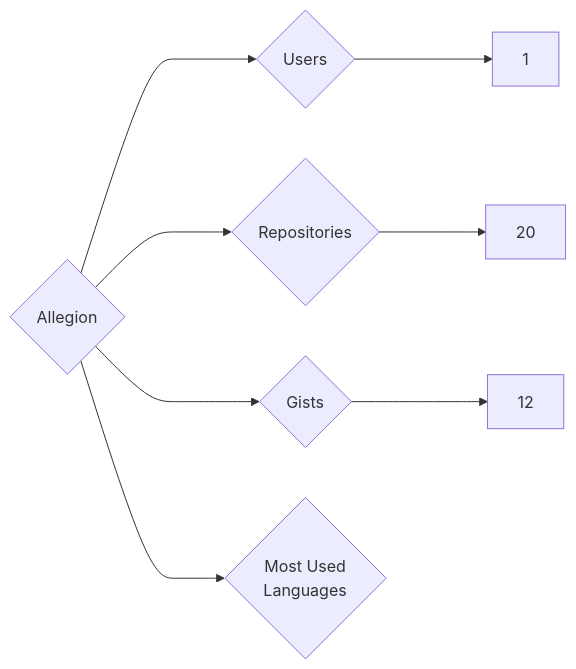
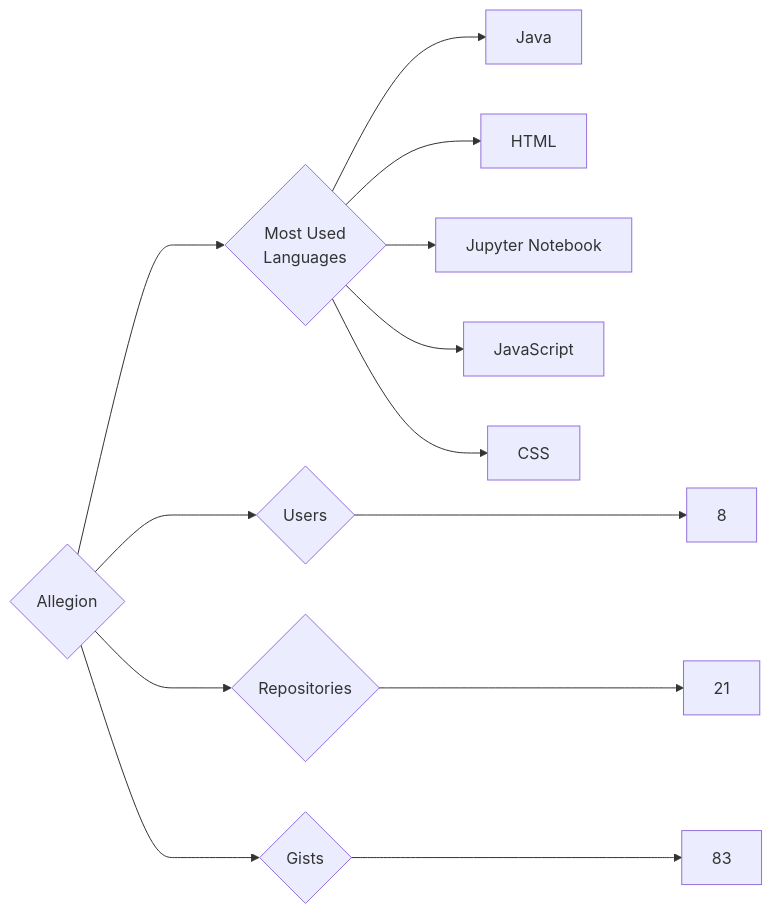
Before and after one commit to trickest/insiders: the diagram in targets/Allegion/README.md, drawn with Mermaid. The commit also changed 611 other files, not shown here.

````diff
--- a/targets/Allegion/README.md
+++ b/targets/Allegion/README.md
@@ -3,8 +3,13 @@
 ```mermaid
 graph LR
 COMPANY_NAME{Allegion}
-COMPANY_NAME ---> U{Users} ---> UN[1]
-COMPANY_NAME ---> R{Repositories} ---> RN[20]
-COMPANY_NAME ---> G{Gists} ---> GN[12]
+COMPANY_NAME ---> U{Users} ---> UN[8]
+COMPANY_NAME ---> R{Repositories} ---> RN[21]
+COMPANY_NAME ---> G{Gists} ---> GN[83]
 COMPANY_NAME ---> ML{Most Used<br>Languages}
+ML --> Java[Java]
+ML --> HTML[HTML]
+ML --> Jupyter_Notebook[Jupyter Notebook]
+ML --> JavaScript[JavaScript]
+ML --> CSS[CSS]
 ```
````
